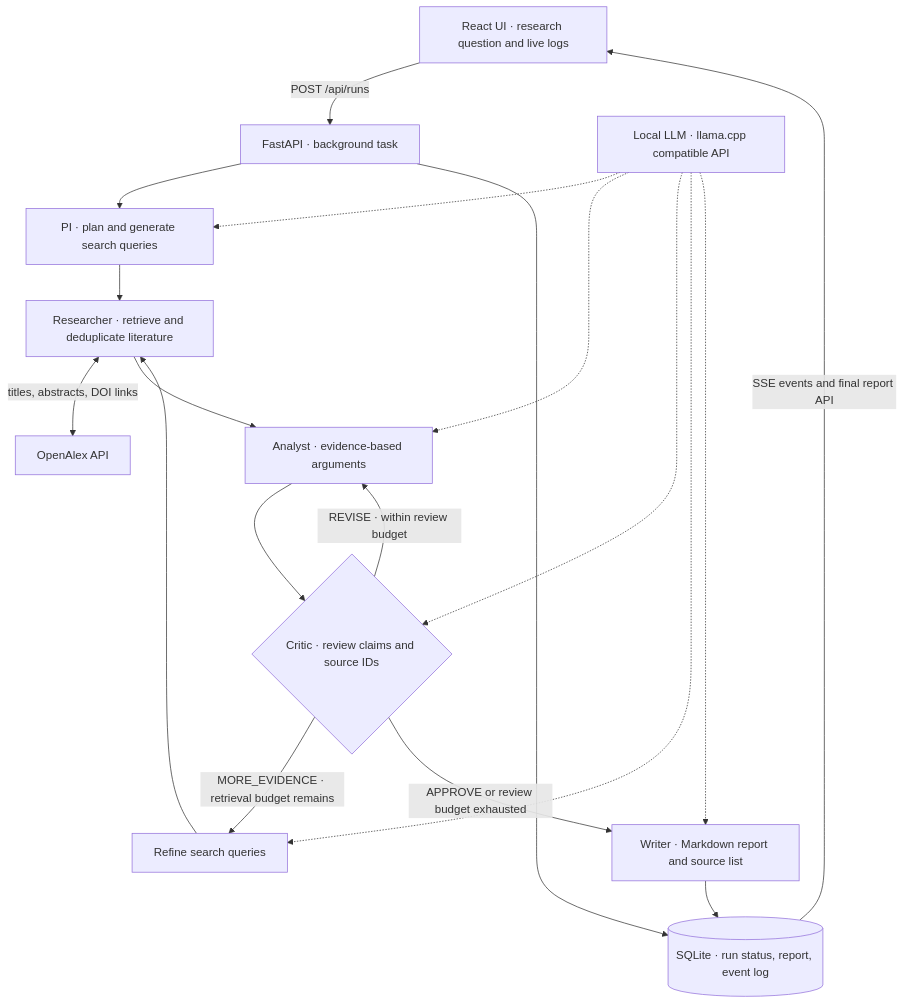
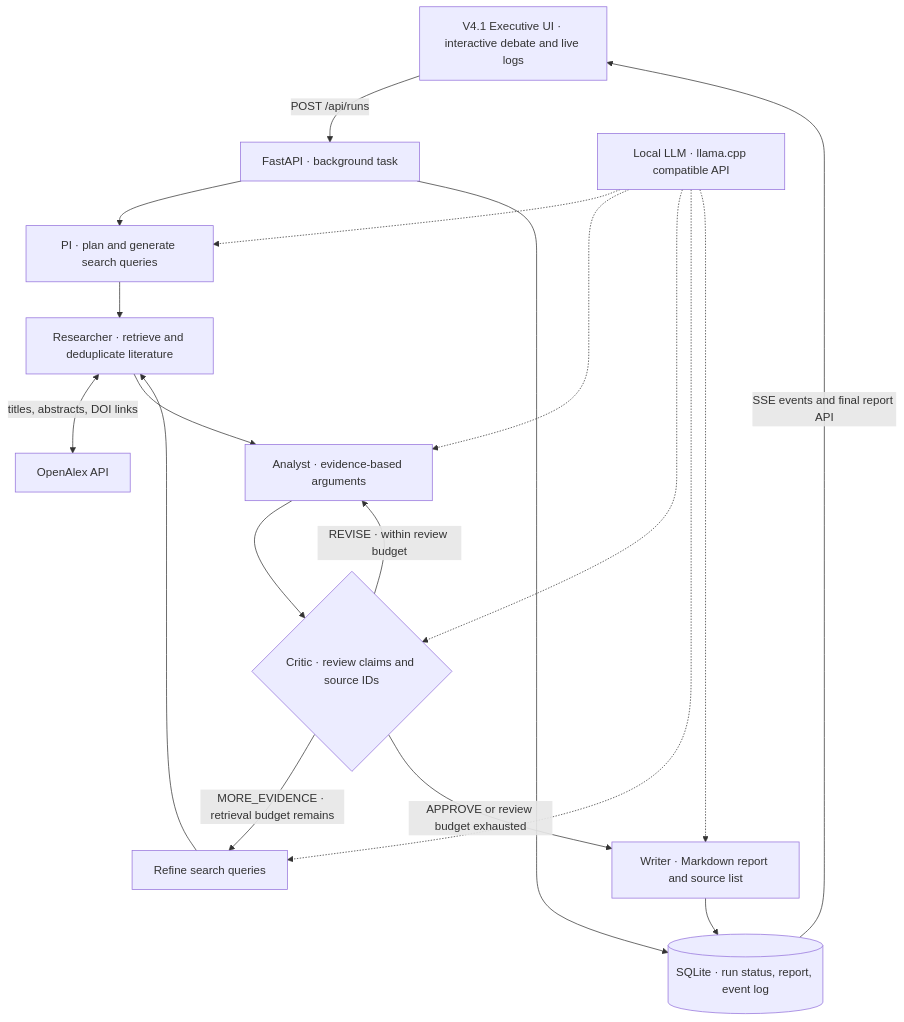
One commit to YALIAI/ai-research-lab changed the diagram in README.md. Above: the diagram before and after it, drawn with Mermaid. The commit also changed other lines of this file and 18 other files, not shown here.

Commit message:
feat: release AI Research Lab V4.1 with interactive debate homepage

````diff
--- a/README.md
+++ b/README.md
@@ -15,21 +15,21 @@
 ```mermaid
 flowchart TD
-    UI[React UI · research question and live logs] -->|POST /api/runs| API[FastAPI · background task]
+    UI[V4.1 Executive UI · interactive debate and live logs] -->|POST /api/runs| API[FastAPI · background task]
     API --> PI[PI · plan and generate search queries]
     PI --> R[Researcher · retrieve and deduplicate literature]
     R <-->|titles, abstracts, DOI links| OA[OpenAlex API]
     R --> A[Analyst · evidence-based arguments]
     A --> C{Critic · review claims and source IDs}
     C -->|REVISE · within review budget| A
     C -->|MORE_EVIDENCE · retrieval budget remains| Q[Refine search queries]
     Q --> R
     C -->|APPROVE or review budget exhausted| W[Writer · Markdown report and source list]
     W --> DB[(SQLite · run status, report, event log)]
     API --> DB
     DB -->|SSE events and final report API| UI
     L[Local LLM · llama.cpp compatible API] -.-> PI
     L -.-> A
     L -.-> C
     L -.-> Q
     L -.-> W
 ```
````
